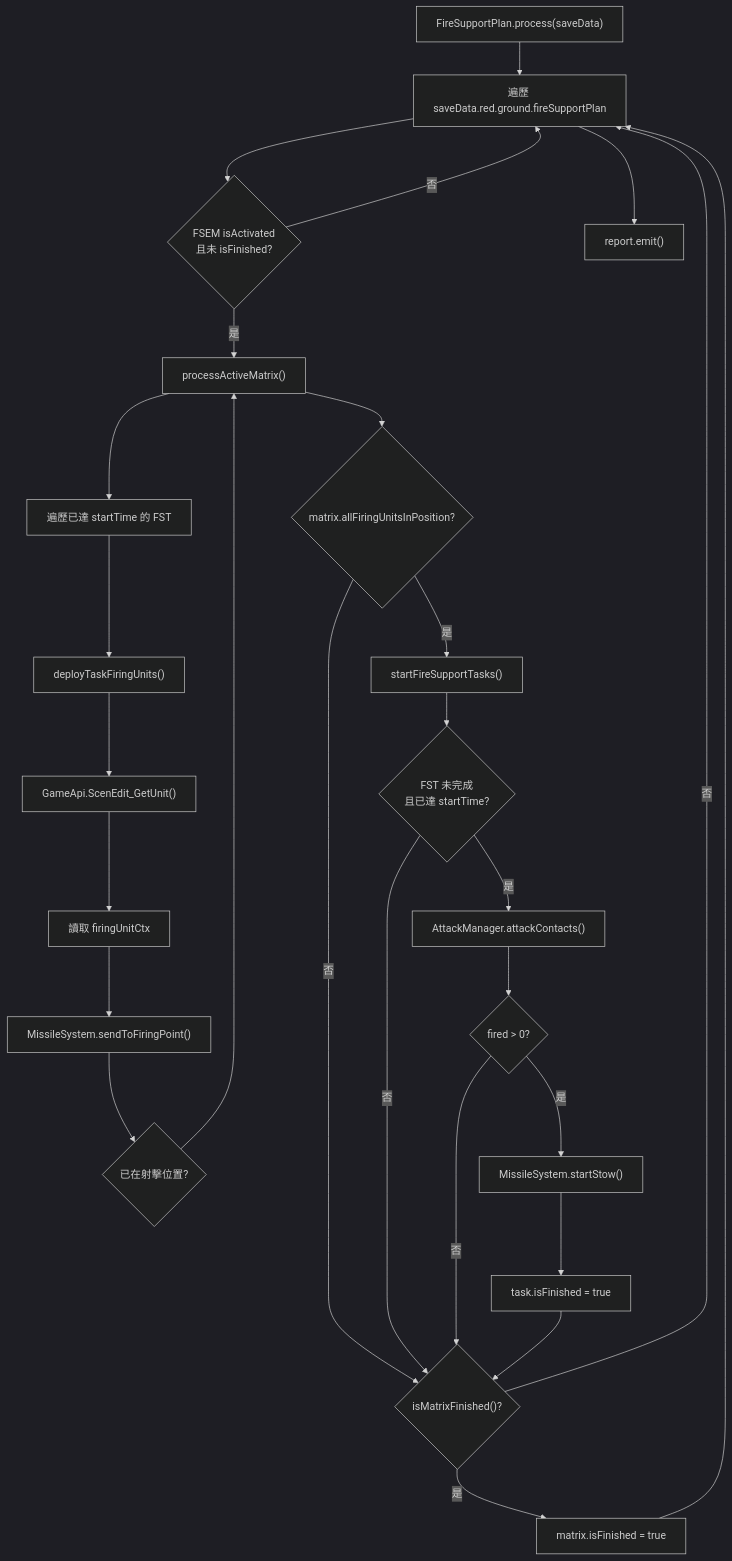
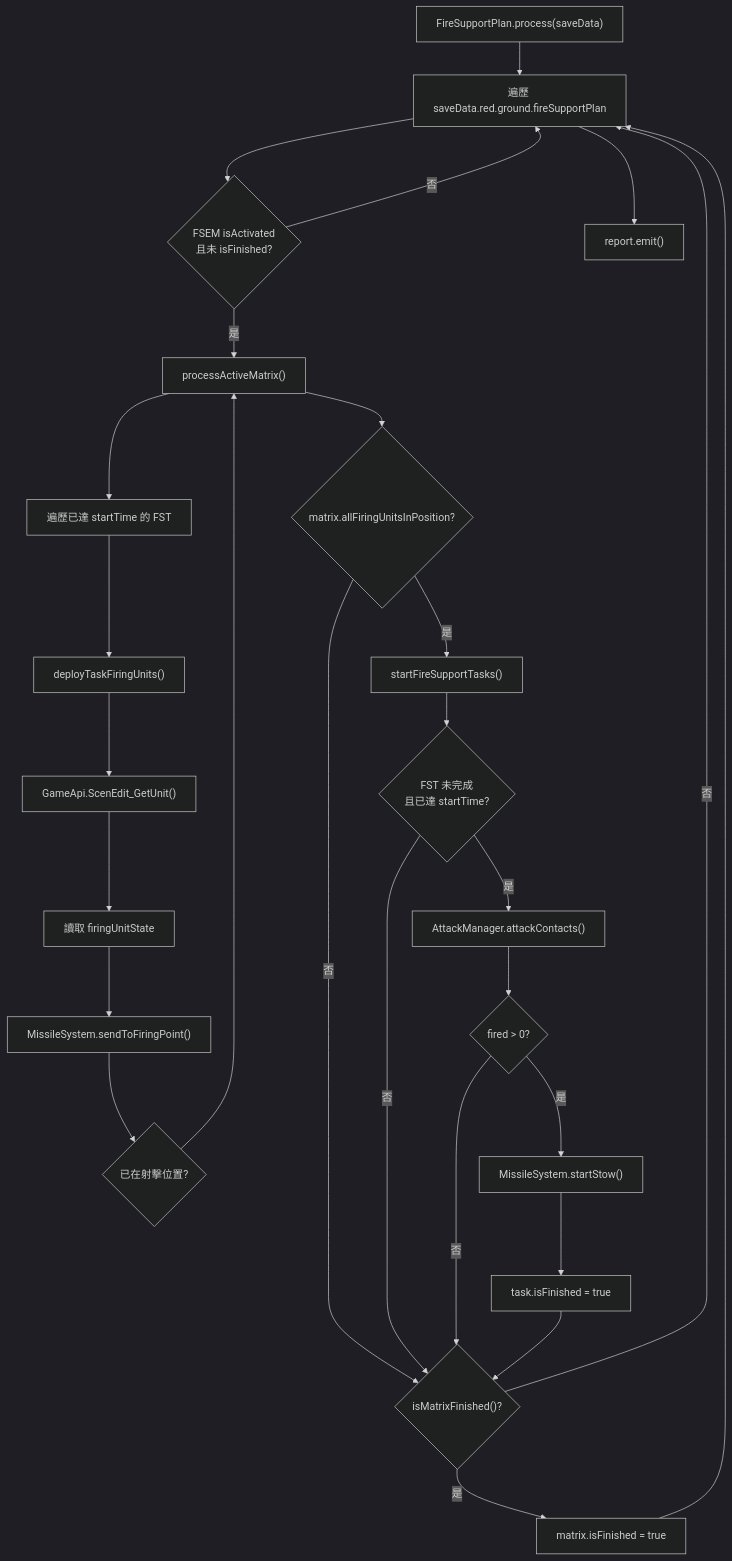
Before and after one commit to pullupjumper/formosa-in-flames: the diagram in docs/strikePlanner/fireSupportPlan.md, drawn with Mermaid (dark theme). The commit also changed other lines of this file and 67 other files, not shown here.

````diff
--- a/docs/strikePlanner/fireSupportPlan.md
+++ b/docs/strikePlanner/fireSupportPlan.md
@@ -100,50 +100,50 @@
 ```mermaid
 flowchart TD
     START["FireSupportPlan.process(saveData)"]
     LOOP["遍歷 saveData.red.ground.fireSupportPlan"]
     ACTIVE{"FSEM isActivated<br/>且未 isFinished?"}
     PROCESS["processActiveMatrix()"]
     DEPLOY_TASK["遍歷已達 startTime 的 FST"]
     DEPLOY_UNIT["deployTaskFiringUnits()"]
     GET_UNIT["GameApi.ScenEdit_GetUnit()"]
-    GET_CTX["讀取 firingUnitCtx"]
+    GET_CTX["讀取 firingUnitState"]
     SEND["MissileSystem.sendToFiringPoint()"]
     STATIC{"已在射擊位置?"}
     ALL_READY{"matrix.allFiringUnitsInPosition?"}
     EXECUTE["startFireSupportTasks()"]
     TASK_READY{"FST 未完成<br/>且已達 startTime?"}
     ATTACK["AttackManager.attackContacts()"]
     FIRED{"fired > 0?"}
     STOW["MissileSystem.startStow()"]
     TASK_DONE["task.isFinished = true"]
     MATRIX_DONE{"isMatrixFinished()?"}
     FINISH["matrix.isFinished = true"]
     LOG["report.emit()"]
 
     START --> LOOP
     LOOP --> ACTIVE
     ACTIVE -->|否| LOOP
     ACTIVE -->|是| PROCESS
     PROCESS --> DEPLOY_TASK
     DEPLOY_TASK --> DEPLOY_UNIT
     DEPLOY_UNIT --> GET_UNIT
     GET_UNIT --> GET_CTX
     GET_CTX --> SEND
     SEND --> STATIC
     STATIC --> PROCESS
     PROCESS --> ALL_READY
     ALL_READY -->|是| EXECUTE
     ALL_READY -->|否| MATRIX_DONE
     EXECUTE --> TASK_READY
     TASK_READY -->|是| ATTACK
     TASK_READY -->|否| MATRIX_DONE
     ATTACK --> FIRED
     FIRED -->|是| STOW
     FIRED -->|否| MATRIX_DONE
     STOW --> TASK_DONE
     TASK_DONE --> MATRIX_DONE
     MATRIX_DONE -->|是| FINISH
     MATRIX_DONE -->|否| LOOP
     FINISH --> LOOP
     LOOP --> LOG
 ```
````
